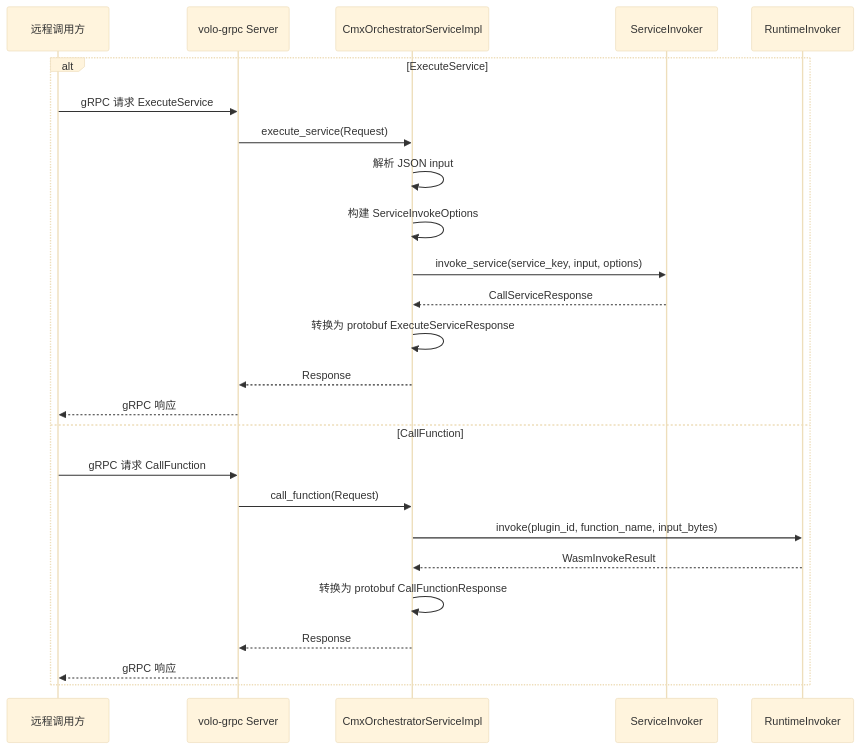
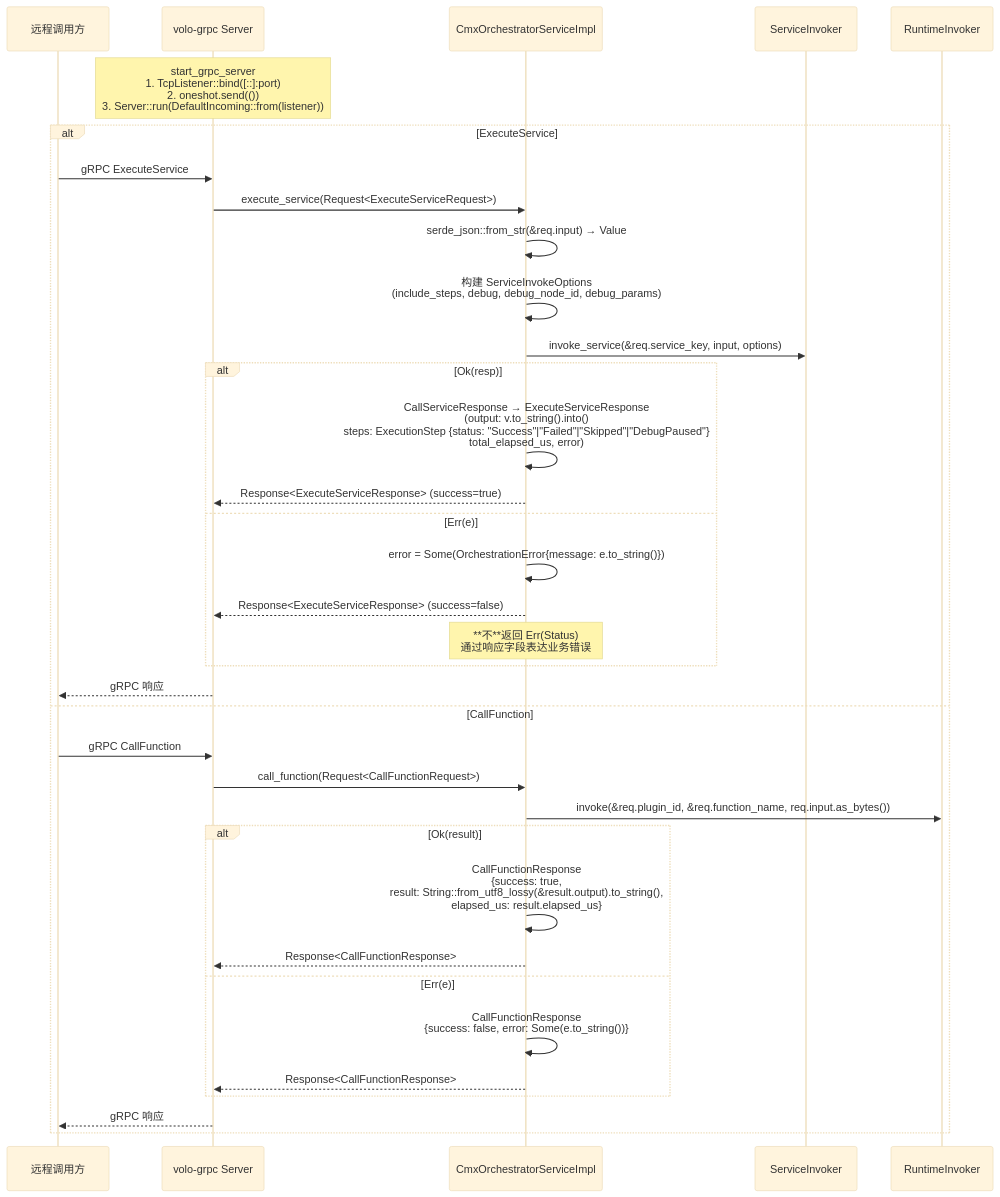
One commit to warpdrivelabs/cmx-container changed the ninth of 11 diagrams in .trae/documents/RPC架构流程详解.md. Above: the diagram before and after it, drawn with Mermaid (base theme). The commit also changed other lines of this file and 2 other files, not shown here.

````diff
--- a/.trae/documents/RPC架构流程详解.md
+++ b/.trae/documents/RPC架构流程详解.md
@@ -314,28 +500,41 @@
 ```mermaid
 sequenceDiagram
     participant Remote as 远程调用方
     participant Grpc as volo-grpc Server
     participant Impl as CmxOrchestratorServiceImpl
     participant SvcInvoker as ServiceInvoker
     participant RtInvoker as RuntimeInvoker
 
+    Note over Grpc: start_grpc_server<br/>1. TcpListener::bind([::]:port)<br/>2. oneshot.send(())<br/>3. Server::run(DefaultIncoming::from(listener))
+
     alt ExecuteService
-        Remote->>Grpc: gRPC 请求 ExecuteService
-        Grpc->>Impl: execute_service(Request)
-        Impl->>Impl: 解析 JSON input
-        Impl->>Impl: 构建 ServiceInvokeOptions
-        Impl->>SvcInvoker: invoke_service(service_key, input, options)
-        SvcInvoker-->>Impl: CallServiceResponse
-        Impl->>Impl: 转换为 protobuf ExecuteServiceResponse
-        Impl-->>Grpc: Response
+        Remote->>Grpc: gRPC ExecuteService
+        Grpc->>Impl: execute_service(Request<ExecuteServiceRequest>)
+        Impl->>Impl: serde_json::from_str(&req.input) → Value
+        Impl->>Impl: 构建 ServiceInvokeOptions<br/>(include_steps, debug, debug_node_id, debug_params)
+        Impl->>SvcInvoker: invoke_service(&req.service_key, input, options)
+
+        alt Ok(resp)
+            Impl->>Impl: CallServiceResponse → ExecuteServiceResponse<br/>(output: v.to_string().into()<br/>steps: ExecutionStep {status: "Success"|"Failed"|"Skipped"|"DebugPaused"}<br/>total_elapsed_us, error)
+            Impl-->>Grpc: Response<ExecuteServiceResponse> (success=true)
+        else Err(e)
+            Impl->>Impl: error = Some(OrchestrationError{message: e.to_string()})
+            Impl-->>Grpc: Response<ExecuteServiceResponse> (success=false)
+            Note over Impl: **不**返回 Err(Status)<br/>通过响应字段表达业务错误
+        end
         Grpc-->>Remote: gRPC 响应
     else CallFunction
-        Remote->>Grpc: gRPC 请求 CallFunction
-        Grpc->>Impl: call_function(Request)
-        Impl->>RtInvoker: invoke(plugin_id, function_name, input_bytes)
-        RtInvoker-->>Impl: WasmInvokeResult
-        Impl->>Impl: 转换为 protobuf CallFunctionResponse
-        Impl-->>Grpc: Response
+        Remote->>Grpc: gRPC CallFunction
+        Grpc->>Impl: call_function(Request<CallFunctionRequest>)
+        Impl->>RtInvoker: invoke(&req.plugin_id, &req.function_name, req.input.as_bytes())
+
+        alt Ok(result)
+            Impl->>Impl: CallFunctionResponse<br/>{success: true,<br/>result: String::from_utf8_lossy(&result.output).to_string(),<br/>elapsed_us: result.elapsed_us}
+            Impl-->>Grpc: Response<CallFunctionResponse>
+        else Err(e)
+            Impl->>Impl: CallFunctionResponse<br/>{success: false, error: Some(e.to_string())}
+            Impl-->>Grpc: Response<CallFunctionResponse>
+        end
         Grpc-->>Remote: gRPC 响应
     end
 ```
````
